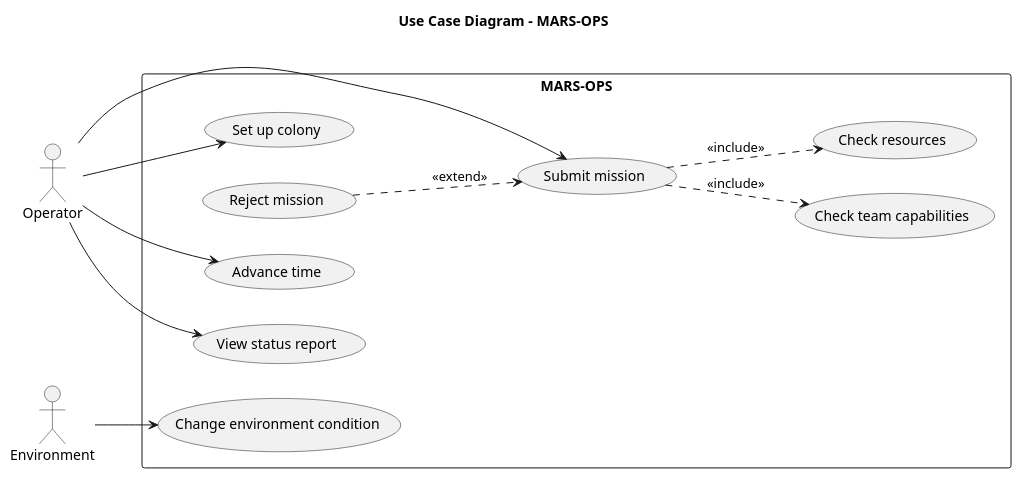
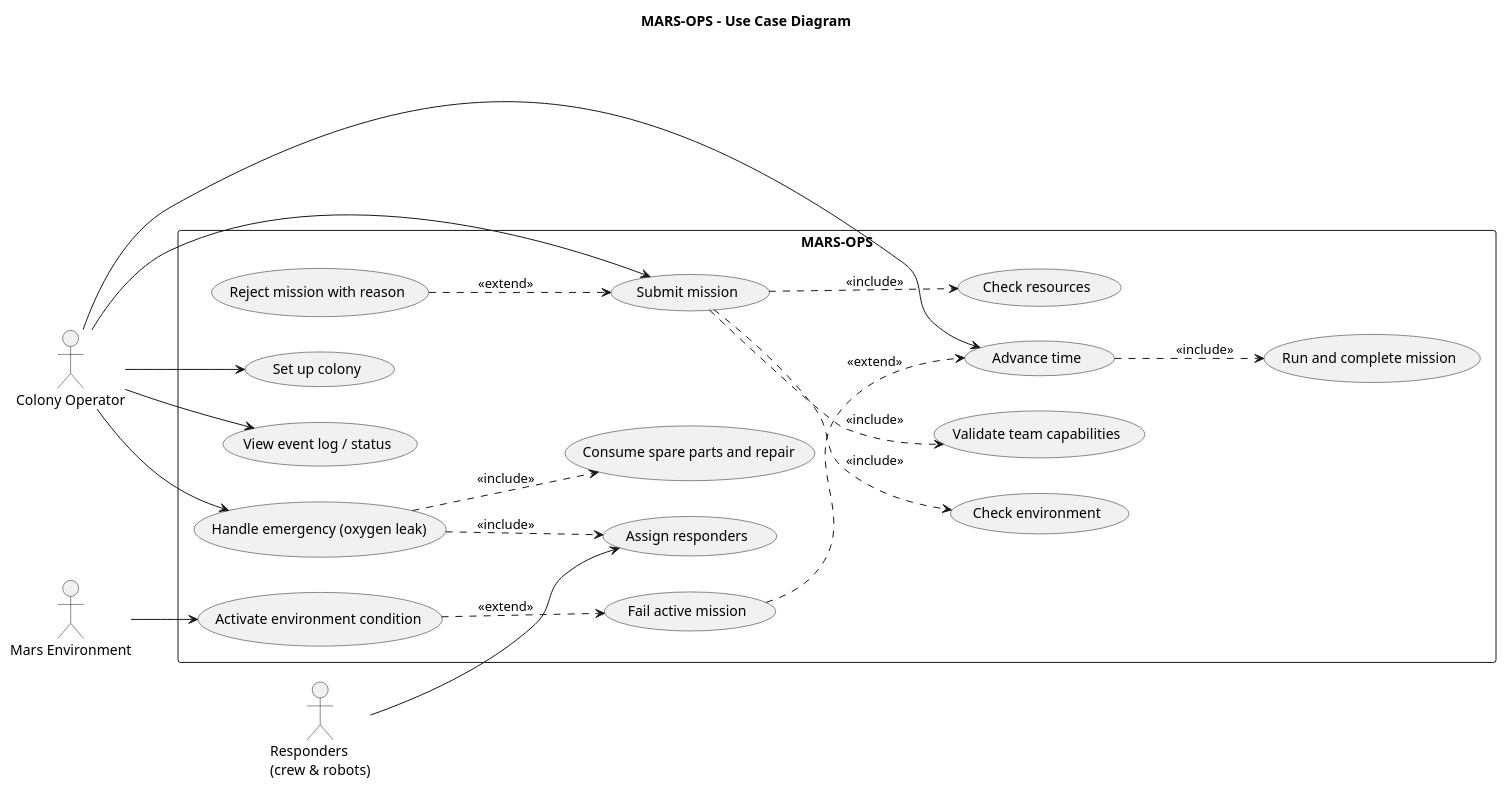
Before and after one commit to a7medhassan-159/Prog-II-Lab5-Mars-Colony-: the diagram in uml/05_use_case_diagram.puml, drawn with PlantUML. The commit also changed 15 other files, not shown here.

```diff
--- a/uml/05_use_case_diagram.puml
+++ b/uml/05_use_case_diagram.puml
@@ -1,28 +1,44 @@
-@startuml
-title Use Case Diagram - MARS-OPS
+@startuml 05_use_case_diagram
+title MARS-OPS - Use Case Diagram
+left to right direction
+skinparam shadowing false
 
-left to right direction
-actor Operator
-actor Environment
+actor "Colony Operator" as Op
+actor "Mars Environment" as Env
+actor "Responders\n(crew & robots)" as Resp
 
 rectangle "MARS-OPS" {
   usecase "Set up colony" as Setup
   usecase "Submit mission" as Submit
-  usecase "Check team capabilities" as Team
+  usecase "Validate team capabilities" as Team
   usecase "Check resources" as Res
-  usecase "Reject mission" as Reject
+  usecase "Check environment" as EnvChk
+  usecase "Reject mission with reason" as Reject
   usecase "Advance time" as Time
-  usecase "Change environment condition" as Env
-  usecase "View status report" as Report
+  usecase "Run and complete mission" as Run
+  usecase "View event log / status" as Report
+  usecase "Activate environment condition" as Cond
+  usecase "Fail active mission" as FailM
+  usecase "Handle emergency (oxygen leak)" as Emg
+  usecase "Assign responders" as Assign
+  usecase "Consume spare parts and repair" as Parts
 }
 
-Operator --> Setup
-Operator --> Submit
-Operator --> Time
-Operator --> Report
-Environment --> Env
+Op --> Setup
+Op --> Submit
+Op --> Time
+Op --> Report
+Op --> Emg
+Env --> Cond
+Resp --> Assign
 
 Submit ..> Team : <<include>>
 Submit ..> Res : <<include>>
+Submit ..> EnvChk : <<include>>
 Reject ..> Submit : <<extend>>
+Time ..> Run : <<include>>
+FailM ..> Time : <<extend>>
+Cond ..> FailM : <<extend>>
+Emg ..> Assign : <<include>>
+Emg ..> Parts : <<include>>
 @enduml
```
